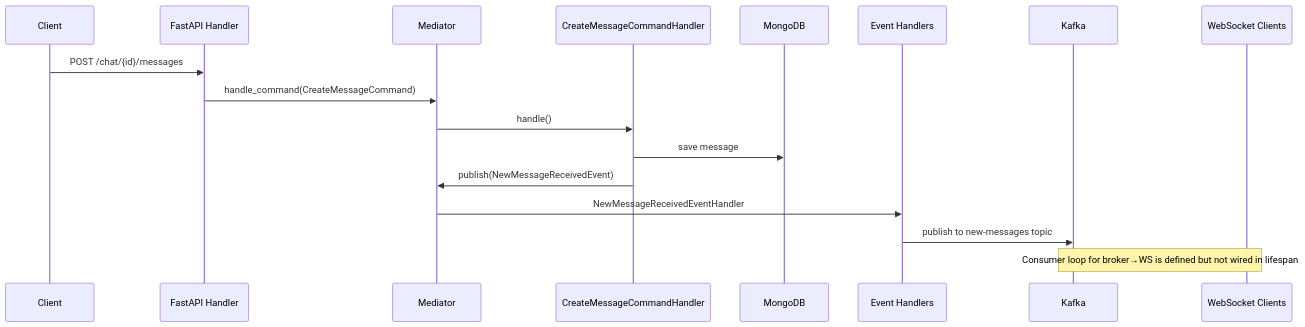
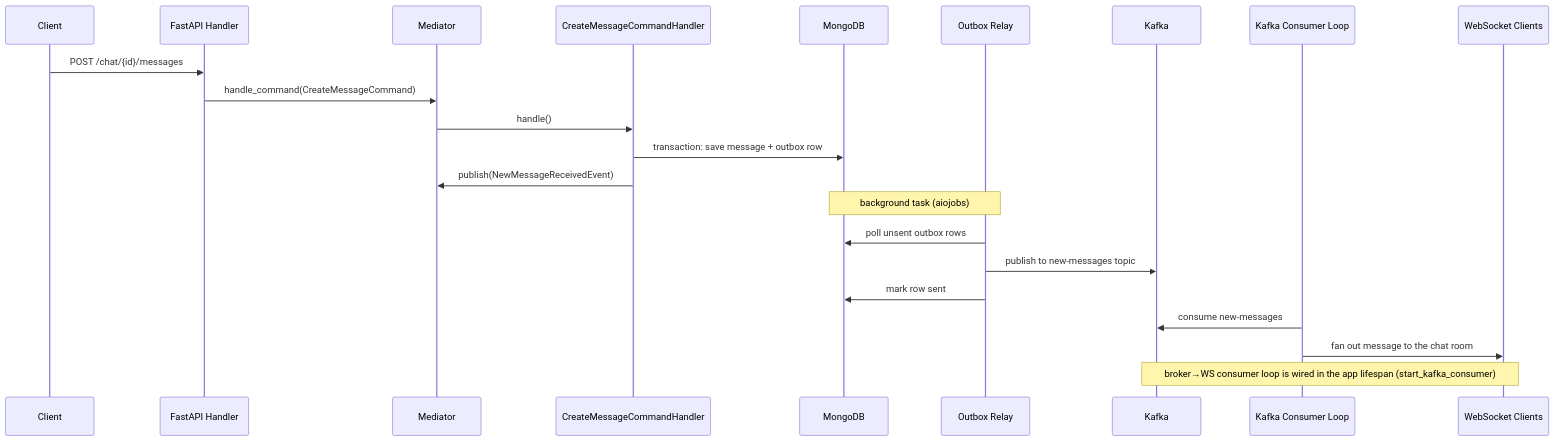
One commit to M0ng00se7169/RouteRelay changed the diagram in README.md. Above: the diagram before and after it, drawn with Mermaid. The commit also changed other lines of this file and 6 other files, not shown here.

Commit message:
docs: refresh README flows, add portfolio and stress-test guides

````diff
--- a/README.md
+++ b/README.md
@@ -108,20 +146,25 @@
 ```mermaid
 sequenceDiagram
     participant Client
     participant API as FastAPI Handler
     participant Mediator
     participant Cmd as CreateMessageCommandHandler
     participant Mongo as MongoDB
-    participant Events as Event Handlers
+    participant Relay as Outbox Relay
     participant Kafka
+    participant Consumer as Kafka Consumer Loop
     participant WS as WebSocket Clients
 
     Client->>API: POST /chat/{id}/messages
     API->>Mediator: handle_command(CreateMessageCommand)
     Mediator->>Cmd: handle()
-    Cmd->>Mongo: save message
+    Cmd->>Mongo: transaction: save message + outbox row
     Cmd->>Mediator: publish(NewMessageReceivedEvent)
-    Mediator->>Events: NewMessageReceivedEventHandler
-    Events->>Kafka: publish to new-messages topic
-    Note over Kafka,WS: Consumer loop for broker→WS is defined but not wired in lifespan
+    Note over Relay,Mongo: background task (aiojobs)
+    Relay->>Mongo: poll unsent outbox rows
+    Relay->>Kafka: publish to new-messages topic
+    Relay->>Mongo: mark row sent
+    Consumer->>Kafka: consume new-messages
+    Consumer->>WS: fan out message to the chat room
+    Note over Kafka,WS: broker→WS consumer loop is wired in the app lifespan (start_kafka_consumer)
 ```
````
